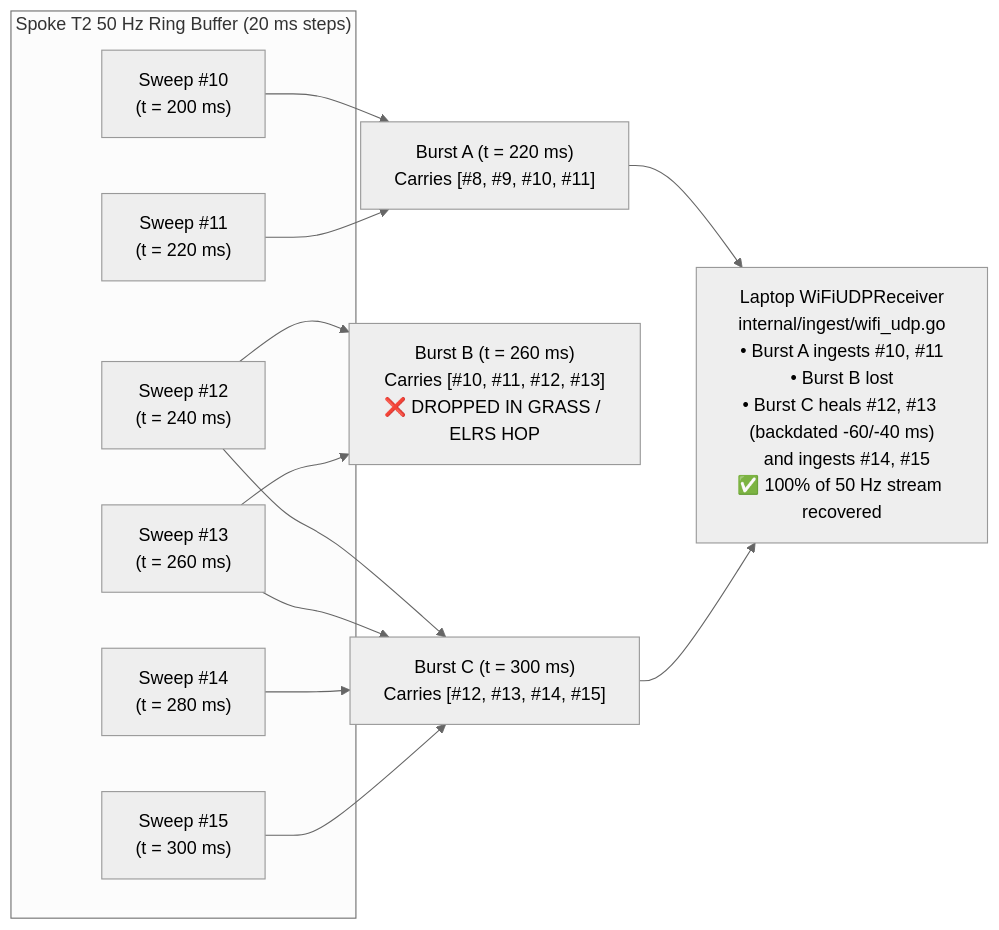
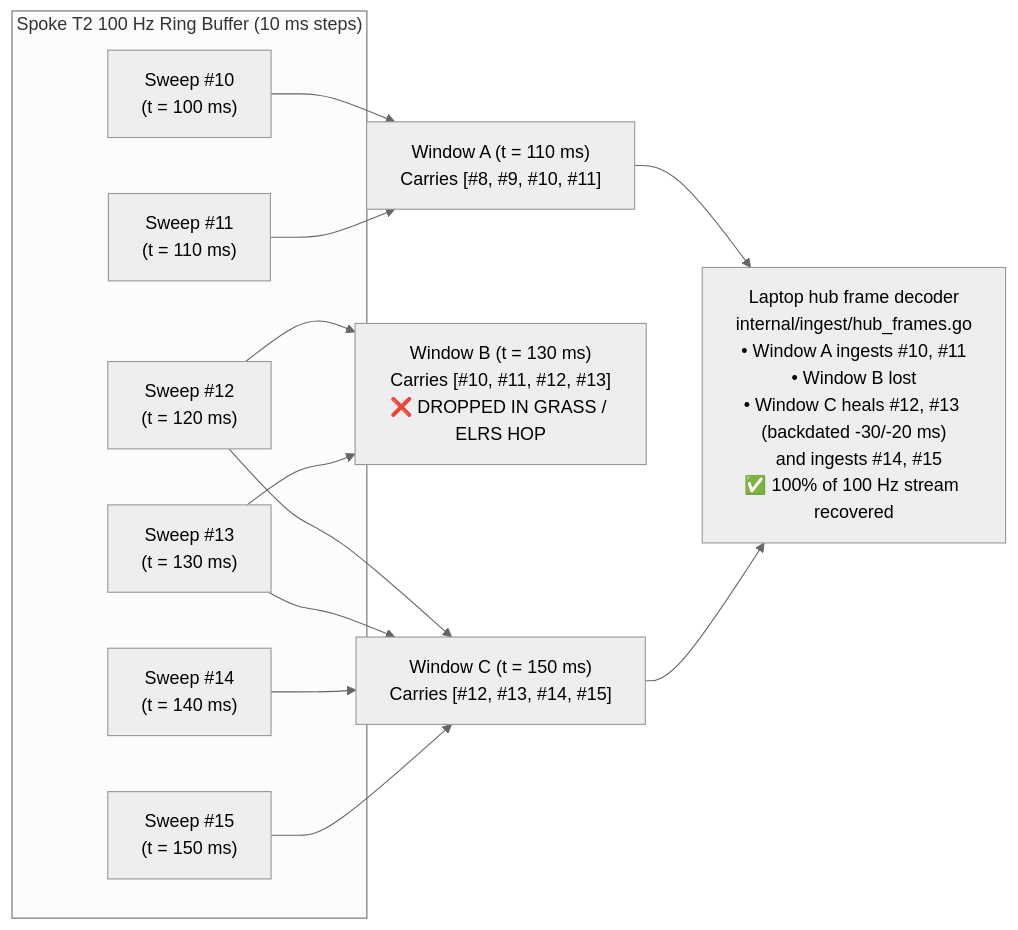
Before and after one commit to kaack/SlapRF: the third of 6 diagrams in docs/ARCHITECTURE.md, drawn with Mermaid (neutral theme). The commit also changed other lines of this file and 79 other files, not shown here.

````diff
--- a/docs/ARCHITECTURE.md
+++ b/docs/ARCHITECTURE.md
@@ -131,23 +133,23 @@
 ```mermaid
 flowchart LR
-    subgraph Spoke["Spoke T2 50 Hz Ring Buffer (20 ms steps)"]
-        S1["Sweep #10\n(t = 200 ms)"]
-        S2["Sweep #11\n(t = 220 ms)"]
-        S3["Sweep #12\n(t = 240 ms)"]
-        S4["Sweep #13\n(t = 260 ms)"]
-        S5["Sweep #14\n(t = 280 ms)"]
-        S6["Sweep #15\n(t = 300 ms)"]
+    subgraph Spoke["Spoke T2 100 Hz Ring Buffer (10 ms steps)"]
+        S1["Sweep #10\n(t = 100 ms)"]
+        S2["Sweep #11\n(t = 110 ms)"]
+        S3["Sweep #12\n(t = 120 ms)"]
+        S4["Sweep #13\n(t = 130 ms)"]
+        S5["Sweep #14\n(t = 140 ms)"]
+        S6["Sweep #15\n(t = 150 ms)"]
     end
 
-    B1["Burst A (t = 220 ms)\nCarries [#8, #9, #10, #11]"]
-    B2["Burst B (t = 260 ms)\nCarries [#10, #11, #12, #13]\n❌ DROPPED IN GRASS / ELRS HOP"]
-    B3["Burst C (t = 300 ms)\nCarries [#12, #13, #14, #15]"]
+    B1["Window A (t = 110 ms)\nCarries [#8, #9, #10, #11]"]
+    B2["Window B (t = 130 ms)\nCarries [#10, #11, #12, #13]\n❌ DROPPED IN GRASS / ELRS HOP"]
+    B3["Window C (t = 150 ms)\nCarries [#12, #13, #14, #15]"]
 
-    Dedup["Laptop WiFiUDPReceiver\ninternal/ingest/wifi_udp.go\n• Burst A ingests #10, #11\n• Burst B lost\n• Burst C heals #12, #13 (backdated -60/-40 ms)\n  and ingests #14, #15\n✅ 100% of 50 Hz stream recovered"]
+    Dedup["Laptop hub frame decoder\ninternal/ingest/hub_frames.go\n• Window A ingests #10, #11\n• Window B lost\n• Window C heals #12, #13 (backdated -30/-20 ms)\n  and ingests #14, #15\n✅ 100% of 100 Hz stream recovered"]
 
     S1 & S2 --> B1
     S3 & S4 --> B2
     S3 & S4 & S5 & S6 --> B3
     B1 --> Dedup
     B3 --> Dedup
 ```
````
